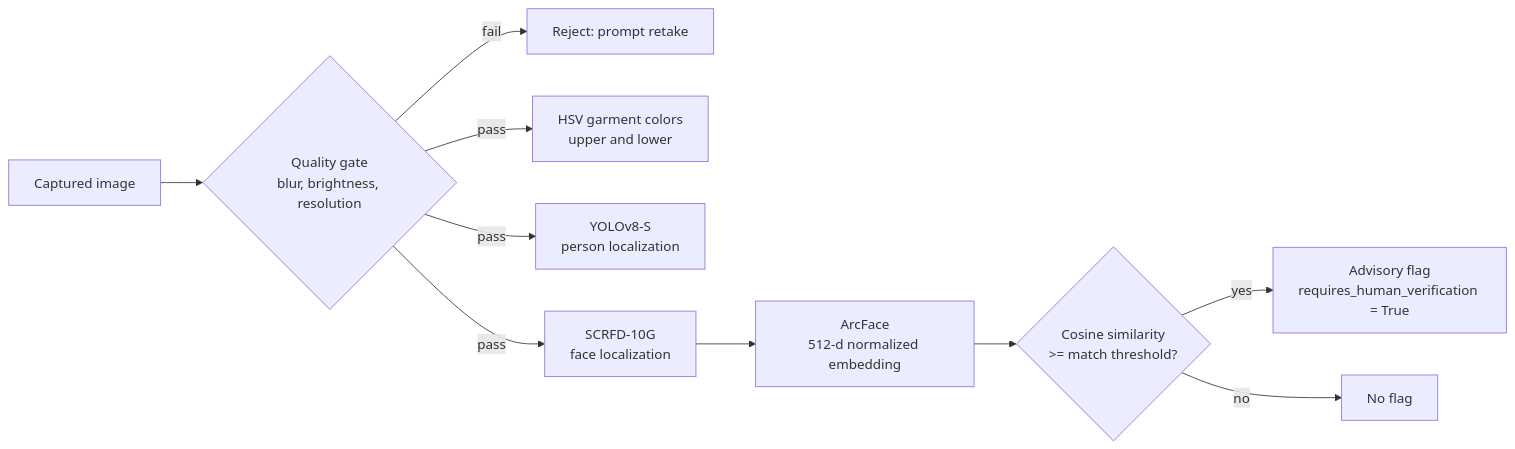
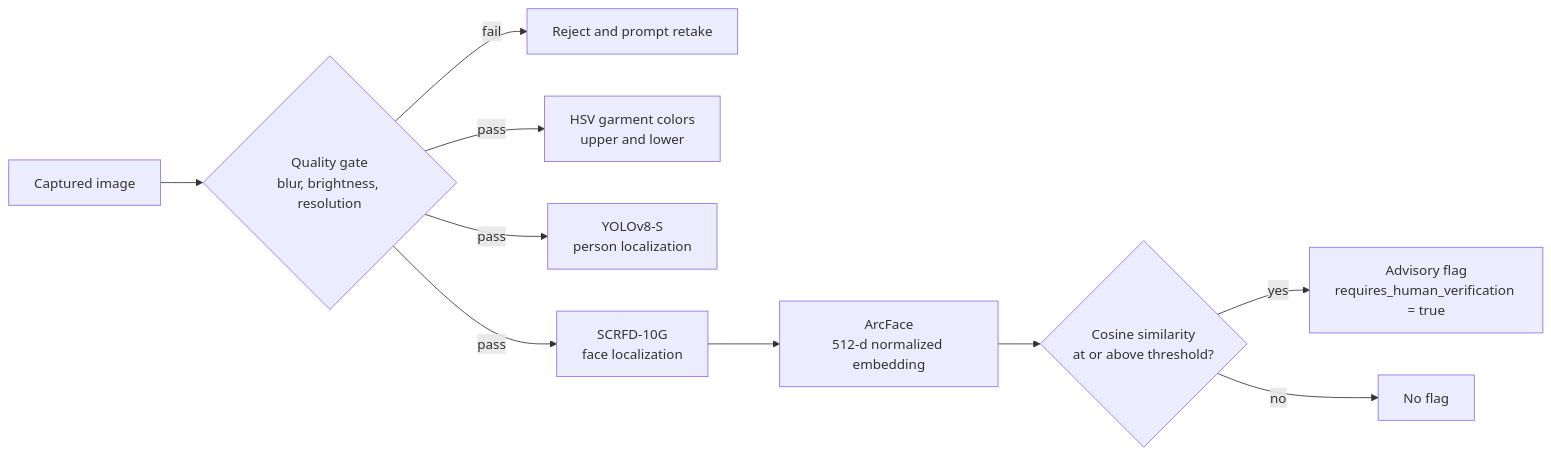
One commit to RishiBuilds/kumbh-milaap changed the third of 3 diagrams in README.md. Above: the diagram before and after it, drawn with Mermaid. The commit also changed other lines of this file and 1 other file, not shown here.

````diff
--- a/README.md
+++ b/README.md
@@ -266,12 +237,12 @@
 ```mermaid
 flowchart LR
     IMG["Captured image"] --> QG{"Quality gate<br/>blur, brightness, resolution"}
-    QG -- fail --> RETAKE["Reject: prompt retake"]
+    QG -- fail --> RETAKE["Reject and prompt retake"]
     QG -- pass --> CLR["HSV garment colors<br/>upper and lower"]
     QG -- pass --> PD["YOLOv8-S<br/>person localization"]
     QG -- pass --> FD["SCRFD-10G<br/>face localization"]
     FD --> EMB["ArcFace<br/>512-d normalized embedding"]
-    EMB --> SIM{"Cosine similarity<br/>>= match threshold?"}
-    SIM -- yes --> FLAG["Advisory flag<br/>requires_human_verification = True"]
+    EMB --> SIM{"Cosine similarity<br/>at or above threshold?"}
+    SIM -- yes --> FLAG["Advisory flag<br/>requires_human_verification = true"]
     SIM -- no --> NONE["No flag"]
 ```
````
